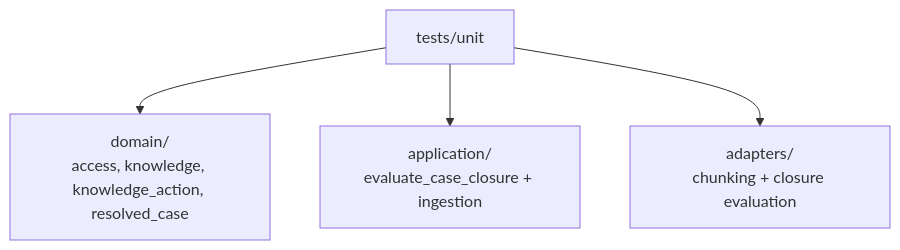
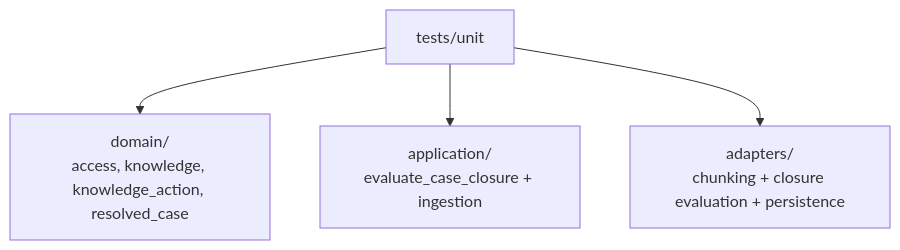
The fourth of 5 diagrams in docs/architecture/CODEBASE_MAP.md (kumarchandansingh/tropos), drawn with Mermaid before and after one commit. The commit also changed other lines of this file and 11 other files, not shown here.

````diff
--- a/docs/architecture/CODEBASE_MAP.md
+++ b/docs/architecture/CODEBASE_MAP.md
@@ -122,7 +158,7 @@
 ```mermaid
 flowchart TB
     Tests[tests/unit]
     Tests --> Domain[domain/<br/>access, knowledge, knowledge_action, resolved_case]
     Tests --> App[application/<br/>evaluate_case_closure + ingestion]
-    Tests --> Adapter[adapters/<br/>chunking + closure evaluation]
+    Tests --> Adapter[adapters/<br/>chunking + closure evaluation + persistence]
 ```
````
